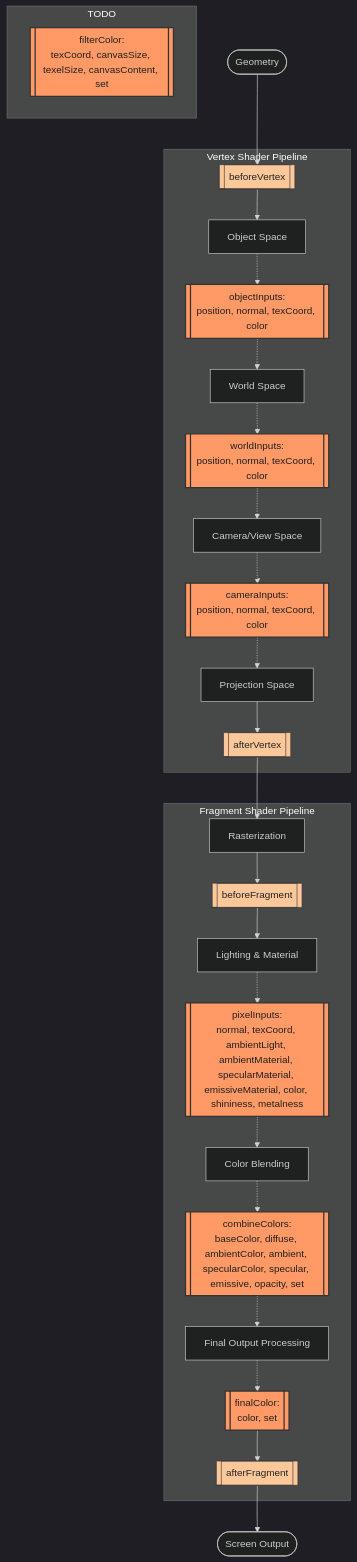
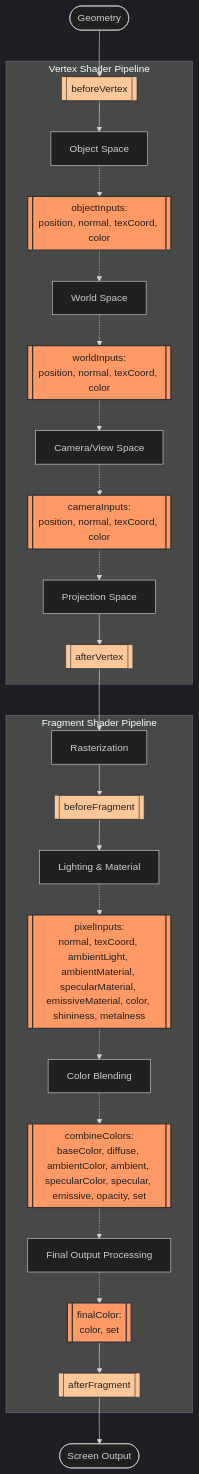
One commit to nbogie/p5.js-website changed the diagram in src/content/tutorials/en/intro-to-p5-strands.mdx. Above: the diagram before and after it, drawn with Mermaid.

Commit message:
comment the filter shader subgraph

````diff
--- a/src/content/tutorials/en/intro-to-p5-strands.mdx
+++ b/src/content/tutorials/en/intro-to-p5-strands.mdx
@@ -814,47 +814,48 @@
 ```mermaid
 %%{init: {'theme': 'dark'}}%%
 flowchart TD
   classDef hooklesser fill:#fcc89a,stroke:#333,color:#222;
   classDef hook fill:#f96,stroke:#333,stroke-width:2px,color:#202020;
   Start([Geometry]) --> BV
 
   subgraph Vertex_Shader ["Vertex Shader Pipeline"]
       BV[[beforeVertex]] --> OBJ[Object Space]
       OBJ -.-> INOBJ[[objectInputs:<br/>position, normal, texCoord, color]]
       INOBJ -.-> WORLD[World Space]
       WORLD -.-> INWLD[[worldInputs:<br/>position, normal, texCoord, color]]
       INWLD -.-> CAM[Camera/View Space]
       CAM -.-> INCAM[[cameraInputs:<br/>position, normal, texCoord, color]]
       INCAM -.-> PROJ[Projection Space]
       PROJ --> AV[[afterVertex]]
   end
   AV --> Raster[Rasterization]
   subgraph Fragment_Shader ["Fragment Shader Pipeline"]
       Raster --> BF[[beforeFragment]]
       BF --> L_MAT[Lighting & Material]
       L_MAT -.-> INPIX[[pixelInputs:<br/>normal, texCoord, ambientLight, ambientMaterial, specularMaterial, emissiveMaterial, color, shininess, metalness]]
       INPIX -.-> BLEND[Color Blending]
       BLEND -.-> COMB[[combineColors:<br/>baseColor, diffuse, ambientColor, ambient, specularColor, specular, emissive, opacity, set
  ]]
       COMB -.-> FIN[Final Output Processing]
       FIN -.-> FINCOL[[finalColor:<br/>color, set]]
       FINCOL --> AF[[afterFragment]]
 
   end
   AF --> End([Screen Output])
-subgraph TODO ["TODO"]
-  FILCOL[[filterColor:<br/>texCoord, canvasSize, texelSize, canvasContent, set]]
-  end
+  %%For filterColor - only in filterShader
+  %%subgraph TODO ["TODO"]
+  %%  FILCOL[[filterColor:<br/>texCoord, canvasSize, texelSize, canvasContent, set]]
+  %%  end
 
   click INOBJ "https://beta.p5js.org/reference/p5/objectinputs/" "objectInputs Reference"
   click INWLD "https://beta.p5js.org/reference/p5/worldinputs/" "worldInputs Reference"
   click INCAM "https://beta.p5js.org/reference/p5/camerainputs/" "cameraInputs Reference"
   click INPIX "https://beta.p5js.org/reference/p5/pixelinputs/" "pixelInputs Reference"
   click COMB "https://beta.p5js.org/reference/p5/combineColors/" "combineColors Reference"
   click FINCOL "https://beta.p5js.org/reference/p5/finalcolor/" "finalColor Reference"
   click FILCOL "https://beta.p5js.org/reference/p5/filtercolor/" "filterColor Reference"
 
   class INOBJ,INWLD,INCAM,INPIX,COMB,FINCOL,FILCOL hook
   class BV,AV,BF,AF hooklesser
 
 ```
````
